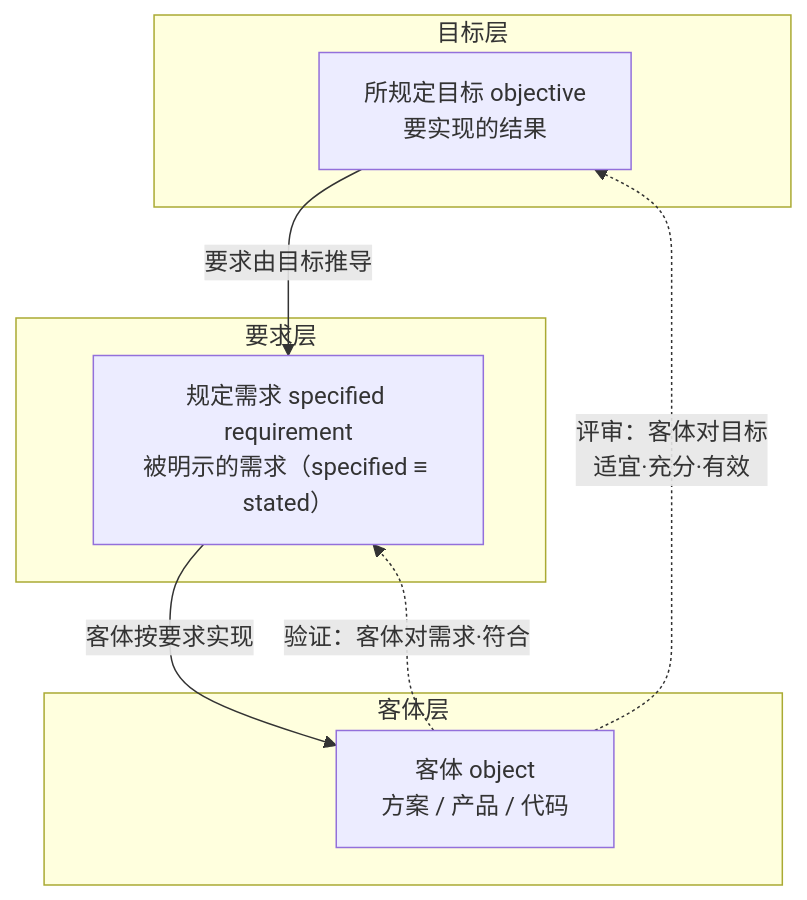
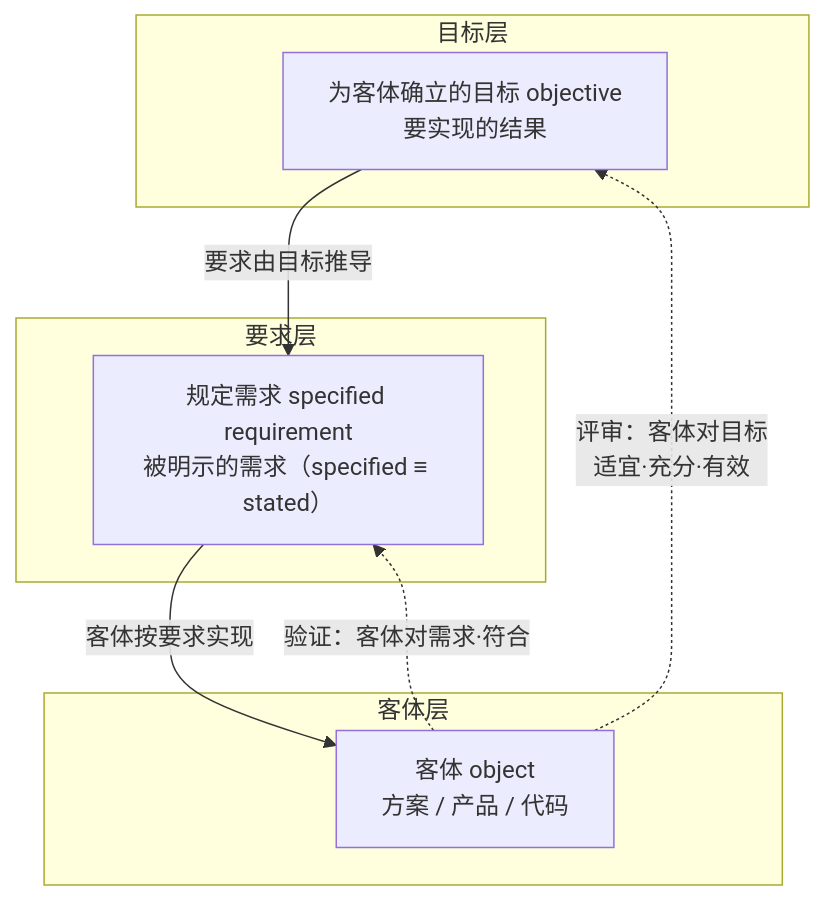
One commit to Yongjunzhou/AOS-system-design changed the sixth of 21 diagrams in 100-subprojects/01-系统工程研究/00-系统工程相关研究报告/03-评审概念研究报告-从评审定义到需求管理.md. Above: the diagram before and after it, drawn with Mermaid. The commit also changed other lines of this file and 21 other files, not shown here.

````diff
--- a/100-subprojects/01-系统工程研究/00-系统工程相关研究报告/03-评审概念研究报告-从评审定义到需求管理.md
+++ b/100-subprojects/01-系统工程研究/00-系统工程相关研究报告/03-评审概念研究报告-从评审定义到需求管理.md
@@ -238,16 +261,16 @@
 ```mermaid
 flowchart TB
     subgraph 顶层["目标层"]
-        T["所规定目标 objective<br/>要实现的结果"]
+        T["为客体确立的目标 objective<br/>要实现的结果"]
     end
     subgraph 中层["要求层"]
         R["规定需求 specified requirement<br/>被明示的需求（specified ≡ stated）"]
     end
     subgraph 底层["客体层"]
         O["客体 object<br/>方案 / 产品 / 代码"]
     end
     T -->|"要求由目标推导"| R
     R -->|"客体按要求实现"| O
     O -.->|"评审：客体对目标<br/>适宜·充分·有效"| T
     O -.->|"验证：客体对需求·符合"| R
 ```
````
